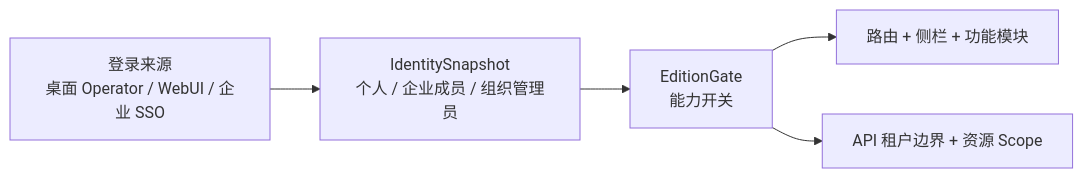
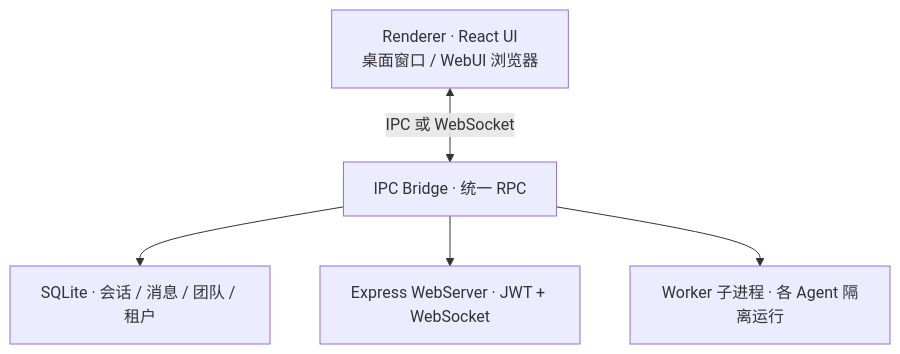
One commit to gaogg521/1ONE-ClaudeCode changed the third of 3 diagrams in readme.md. Above: the diagram before and after it, drawn with Mermaid. The commit also changed other lines of this file, not shown here.

Commit message:
docs: 优化 README，突出企业团队版并改为全宽单图排版

````diff
--- a/readme.md
+++ b/readme.md
@@ -138,11 +260,13 @@
 ```mermaid
-flowchart LR
-  Auth["登录来源<br/>桌面 Operator / WebUI / 企业 SSO"]
-  Identity["IdentitySnapshot<br/>个人 / 企业成员 / 组织管理员"]
-  Gate["EditionGate<br/>能力开关"]
-  UI["路由 + 侧栏 + 功能模块"]
-  API["API 租户边界 + 资源 Scope"]
+flowchart TB
+  UI["Renderer · React UI<br/>桌面窗口 / WebUI 浏览器"]
+  Bridge["IPC Bridge · 统一 RPC"]
+  DB["SQLite · 会话 / 消息 / 团队 / 租户"]
+  WS["Express WebServer · JWT + WebSocket"]
+  Workers["Worker 子进程 · 各 Agent 隔离运行"]
 
-  Auth --> Identity --> Gate --> UI
-  Gate --> API
+  UI <-->|IPC 或 WebSocket| Bridge
+  Bridge --> DB
+  Bridge --> WS
+  Bridge --> Workers
 ```
````
